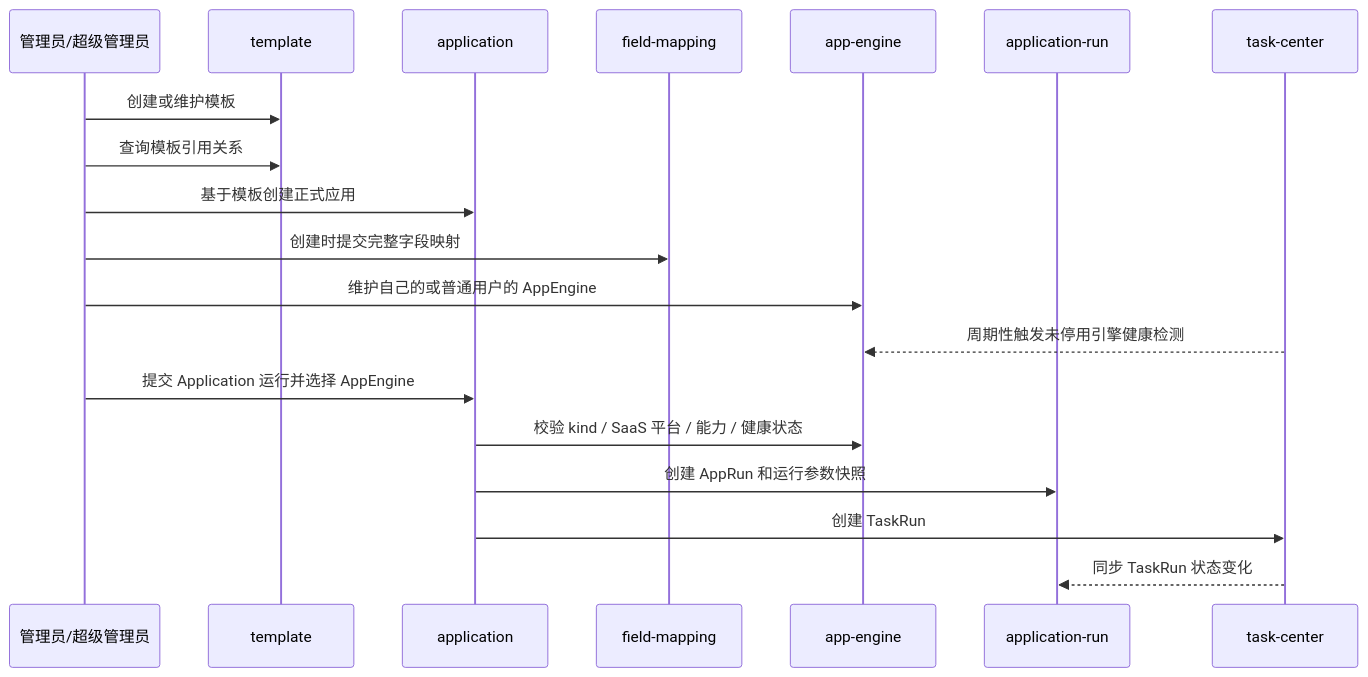
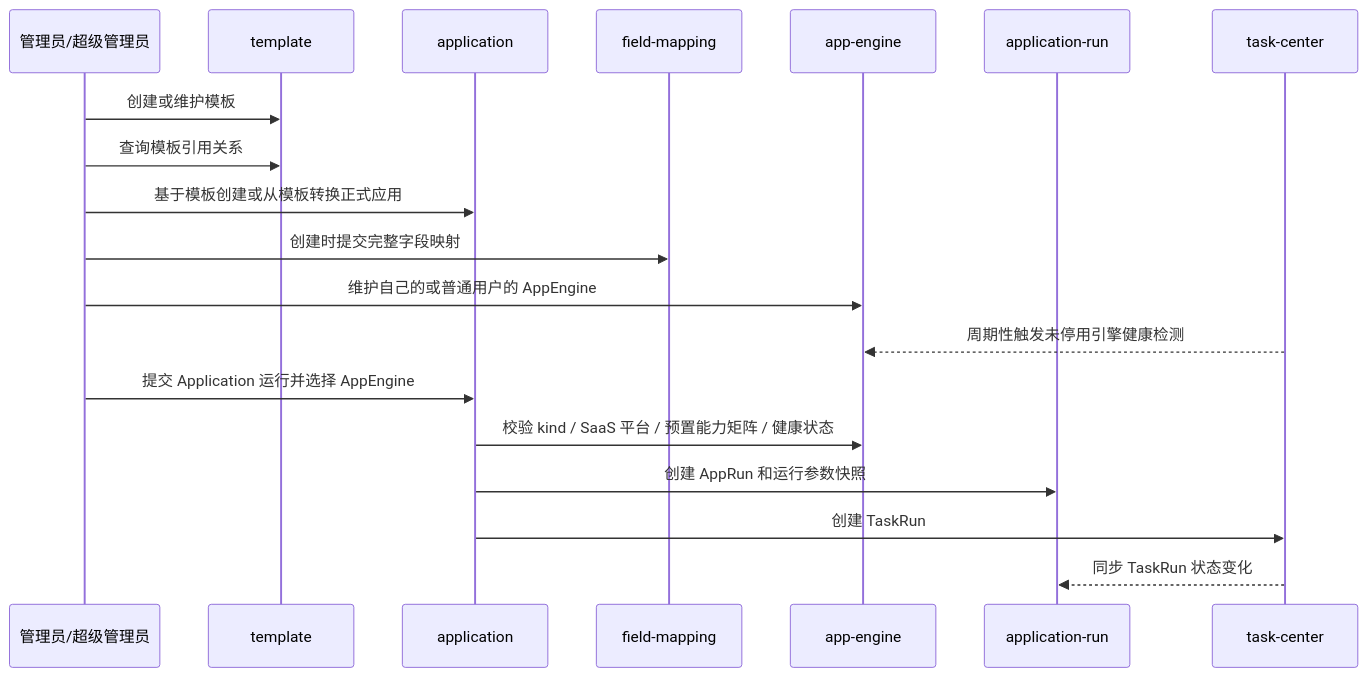
One commit to wangweihong/omnimam-spec changed the diagram in 02_architecture/domains/application-platform.md. Above: the diagram before and after it, drawn with Mermaid. The commit also changed other lines of this file and 13 other files, not shown here.

````diff
--- a/02_architecture/domains/application-platform.md
+++ b/02_architecture/domains/application-platform.md
@@ -30,22 +30,22 @@
 ```mermaid
 sequenceDiagram
   participant Admin as 管理员/超级管理员
   participant Template as template
   participant App as application
   participant Mapping as field-mapping
   participant Engine as app-engine
   participant Run as application-run
   participant Task as task-center
 
   Admin->>Template: 创建或维护模板
   Admin->>Template: 查询模板引用关系
-  Admin->>App: 基于模板创建正式应用
+  Admin->>App: 基于模板创建或从模板转换正式应用
   Admin->>Mapping: 创建时提交完整字段映射
   Admin->>Engine: 维护自己的或普通用户的 AppEngine
   Task-->>Engine: 周期性触发未停用引擎健康检测
   Admin->>App: 提交 Application 运行并选择 AppEngine
-  App->>Engine: 校验 kind / SaaS 平台 / 能力 / 健康状态
+  App->>Engine: 校验 kind / SaaS 平台 / 预置能力矩阵 / 健康状态
   App->>Run: 创建 AppRun 和运行参数快照
   App->>Task: 创建 TaskRun
   Task-->>Run: 同步 TaskRun 状态变化
 ```
````
